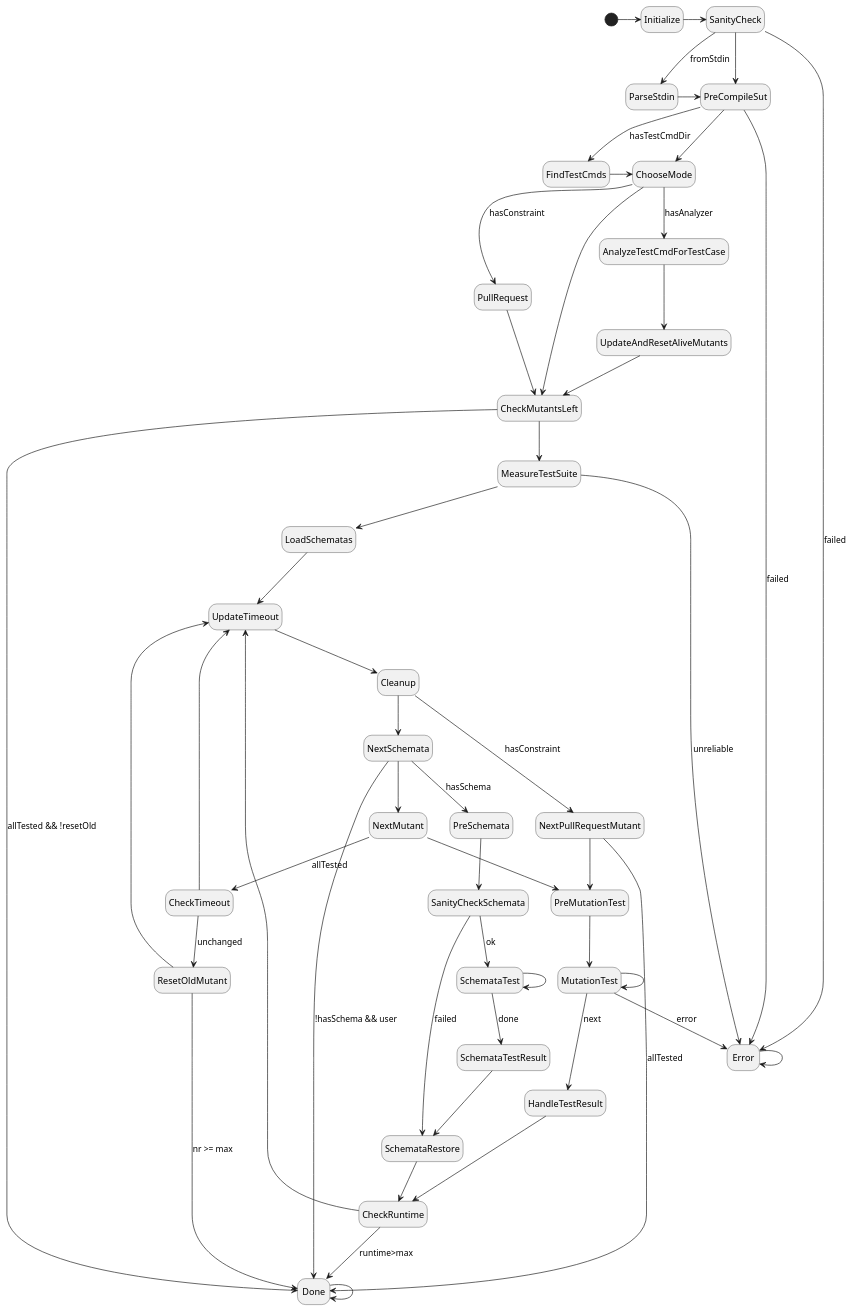
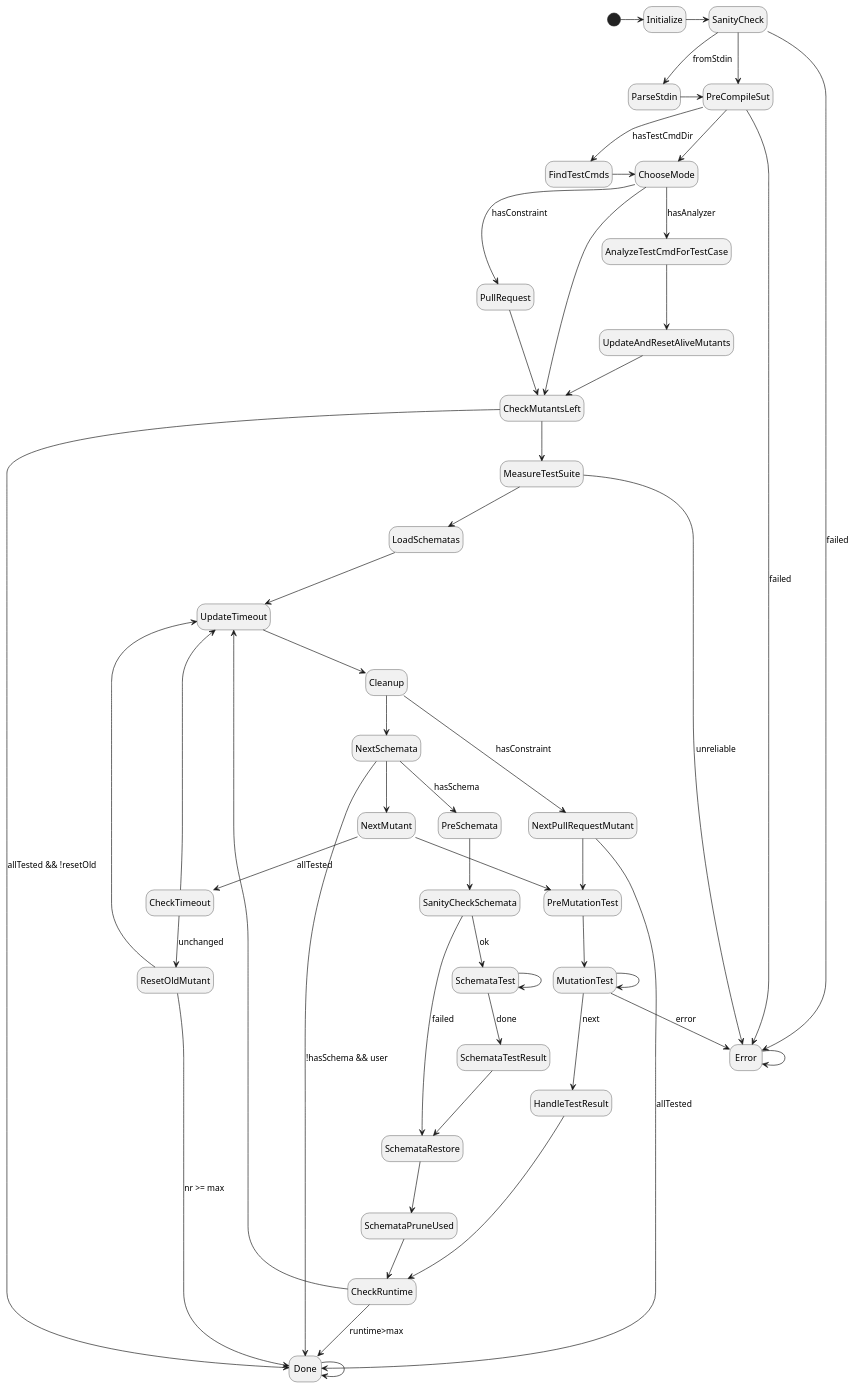
The diagram in plugin/mutate/doc/design/figures/test_mutant_fsm.pu (joakim-brannstrom/dextool), drawn with PlantUML before and after one commit. The commit also changed 2 other files, not shown here.

Commit message:
mutate: prune the database of schematan that do not compile

```diff
--- a/plugin/mutate/doc/design/figures/test_mutant_fsm.pu
+++ b/plugin/mutate/doc/design/figures/test_mutant_fsm.pu
@@ -1,78 +1,79 @@
 @startuml
 hide empty description
 
 [*] -> Initialize
 
 Initialize -> SanityCheck
 
 SanityCheck --> Error : failed
 SanityCheck --> ParseStdin : fromStdin
 SanityCheck -> PreCompileSut
 
 ParseStdin -> PreCompileSut
 
 PreCompileSut --> Error : failed
 PreCompileSut --> FindTestCmds : hasTestCmdDir
 PreCompileSut --> ChooseMode
 
 FindTestCmds -> ChooseMode
 
 ChooseMode --> AnalyzeTestCmdForTestCase : hasAnalyzer
 ChooseMode --> PullRequest : hasConstraint
 ChooseMode --> CheckMutantsLeft
 
 PullRequest -> CheckMutantsLeft
 
 AnalyzeTestCmdForTestCase --> UpdateAndResetAliveMutants
 
 UpdateAndResetAliveMutants --> CheckMutantsLeft
 
 UpdateTimeout --> Cleanup
 
 Cleanup --> NextSchemata
 Cleanup --> NextPullRequestMutant : hasConstraint
 
 CheckMutantsLeft --> Done : allTested && !resetOld
 CheckMutantsLeft --> MeasureTestSuite
 
 MeasureTestSuite --> Error : unreliable
 MeasureTestSuite --> LoadSchematas
 
 LoadSchematas --> UpdateTimeout
 
 CheckRuntime --> UpdateTimeout
 CheckRuntime --> Done : runtime>max
 
 NextPullRequestMutant --> PreMutationTest
 NextPullRequestMutant --> Done : allTested
 
 NextSchemata --> PreSchemata : hasSchema
 NextSchemata --> Done : !hasSchema && user
 NextSchemata --> NextMutant
 PreSchemata --> SanityCheckSchemata
 SanityCheckSchemata --> SchemataRestore : failed
 SanityCheckSchemata --> SchemataTest : ok
 SchemataTest --> SchemataTest
 SchemataTest --> SchemataTestResult : done
 SchemataTestResult --> SchemataRestore
-SchemataRestore --> CheckRuntime
+SchemataRestore --> SchemataPruneUsed
+SchemataPruneUsed --> CheckRuntime
 
 NextMutant --> CheckTimeout : allTested
 NextMutant --> PreMutationTest
 PreMutationTest --> MutationTest
 MutationTest --> HandleTestResult : next
 MutationTest --> Error : error
 MutationTest --> MutationTest
 
 HandleTestResult --> CheckRuntime
 
 CheckTimeout --> ResetOldMutant : unchanged
 CheckTimeout --> UpdateTimeout
 
 ResetOldMutant --> UpdateTimeout
 ResetOldMutant --> Done : nr >= max
 
 Done --> Done
 
 Error --> Error
 @enduml
```
